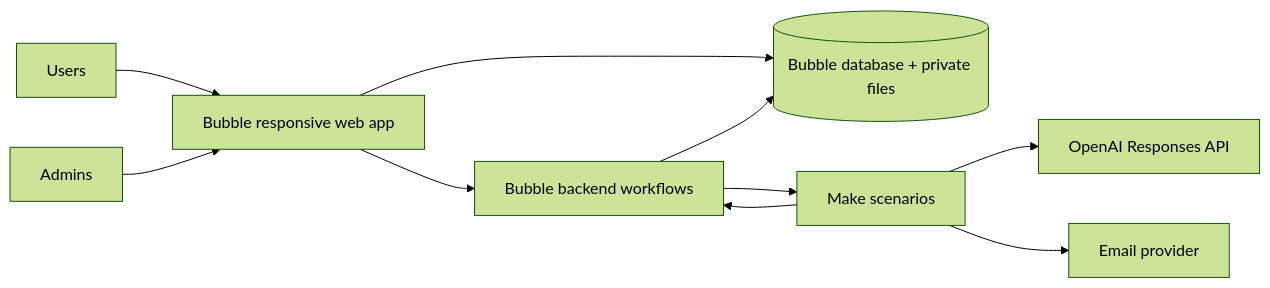
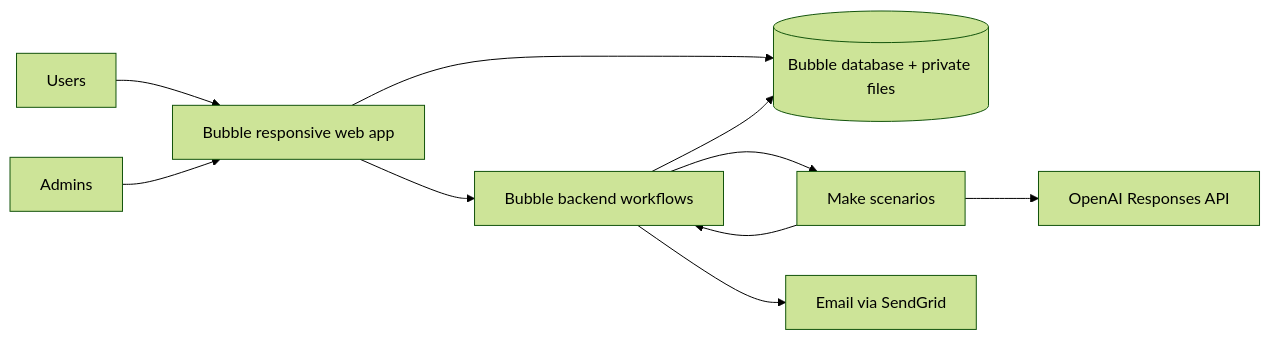
Before and after one commit to anastasialis-lab/best-invest-properties: the diagram in docs/04-project-specification.md, drawn with Mermaid (forest theme). The commit also changed other lines of this file and 10 other files, not shown here.

````diff
--- a/docs/04-project-specification.md
+++ b/docs/04-project-specification.md
@@ -81,12 +81,12 @@
 ```mermaid
 flowchart LR
   U[Users] --> B[Bubble responsive web app]
   B --> DB[(Bubble database + private files)]
   B --> BW[Bubble backend workflows]
   BW --> M[Make scenarios]
   M --> O[OpenAI Responses API]
-  M --> E[Email provider]
+  BW --> E[Email via SendGrid]
   M --> BW
   BW --> DB
   A[Admins] --> B
 ```
````
